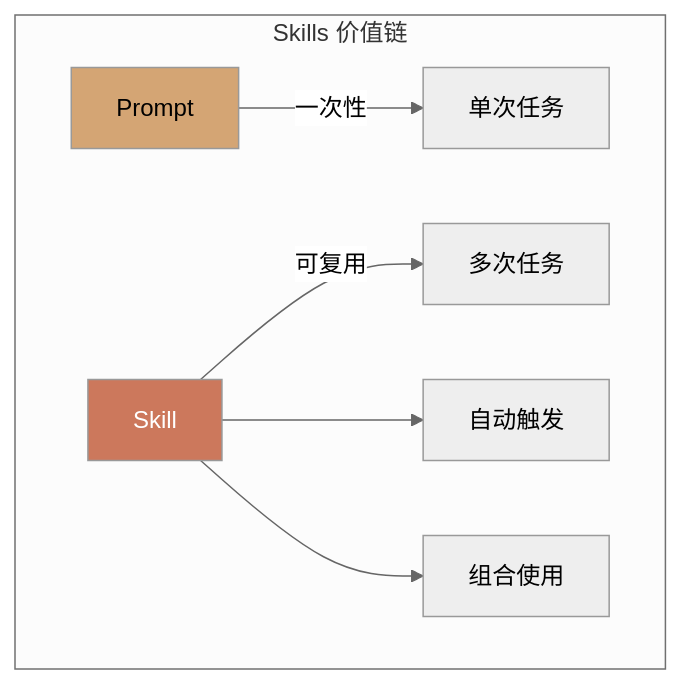
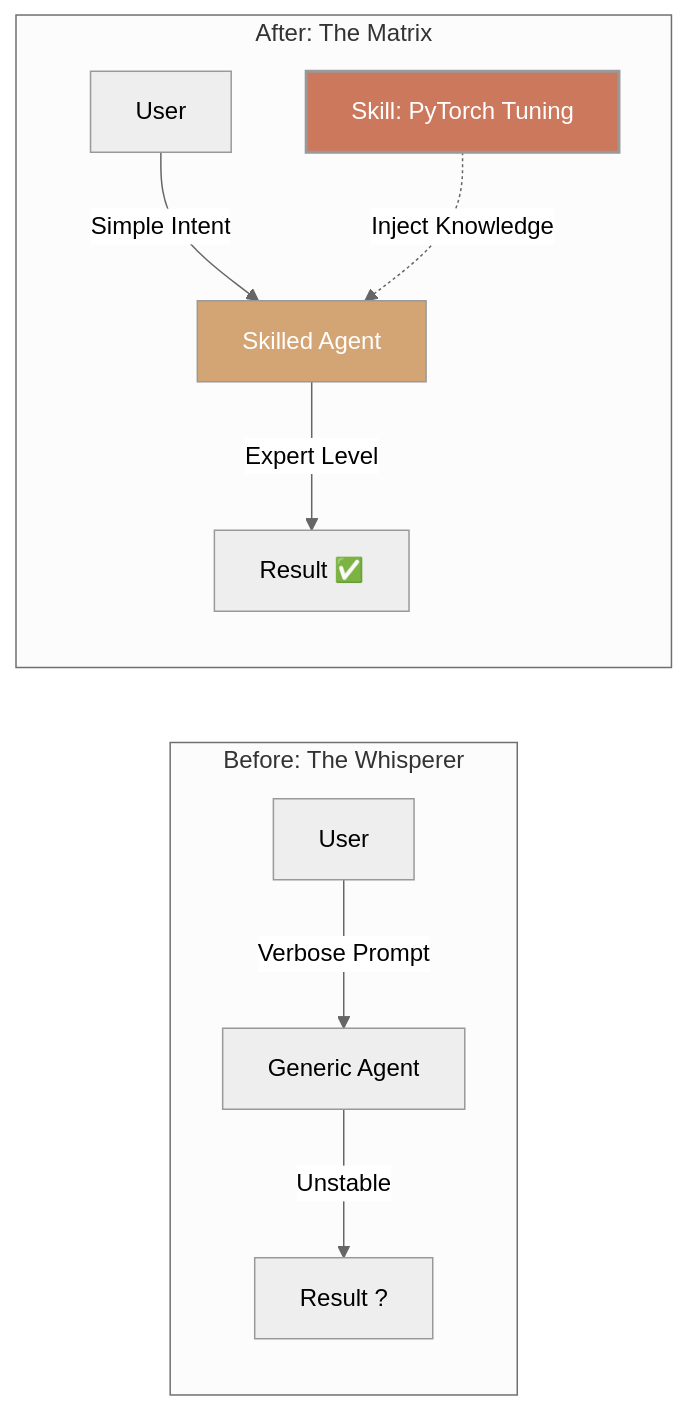
One commit to ThreeFish-AI/agentic-ai-cognizes changed diagram 11 of 14 in docs/research/020-agent-frameworks.md. Above: the diagram before and after it, drawn with Mermaid (neutral theme). The commit also changed other lines of this file, not shown here.

First line of the commit message:
docs(Agent Frameworks): 深度重构 Claude SDK 与 Skills 章节的认知表达

````diff
--- a/docs/research/020-agent-frameworks.md
+++ b/docs/research/020-agent-frameworks.md
@@ -959,12 +999,17 @@
 ```mermaid
-graph TB
-    subgraph "Skills 价值链"
-        P[Prompt] -->|一次性| T1[单次任务]
-        S[Skill] -->|可复用| T2[多次任务]
-        S --> T3[自动触发]
-        S --> T4[组合使用]
+graph LR
+    subgraph "Before: The Whisperer"
+        U1[User] -->|Verbose Prompt| A1[Generic Agent]
+        A1 -->|Unstable| R1[Result ?]
     end
 
-    style S fill:#cc785c,color:white
-    style P fill:#d4a574,color:black
+    subgraph "After: The Matrix"
+        K[Skill: PyTorch Tuning]
+        U2[User] -->|Simple Intent| A2[Skilled Agent]
+        K -.->|Inject Knowledge| A2
+        A2 -->|Expert Level| R2[Result ✅]
+    end
+
+    style K fill:#cc785c,color:white,stroke-width:2px
+    style A2 fill:#d4a574,color:white
 ```
````
